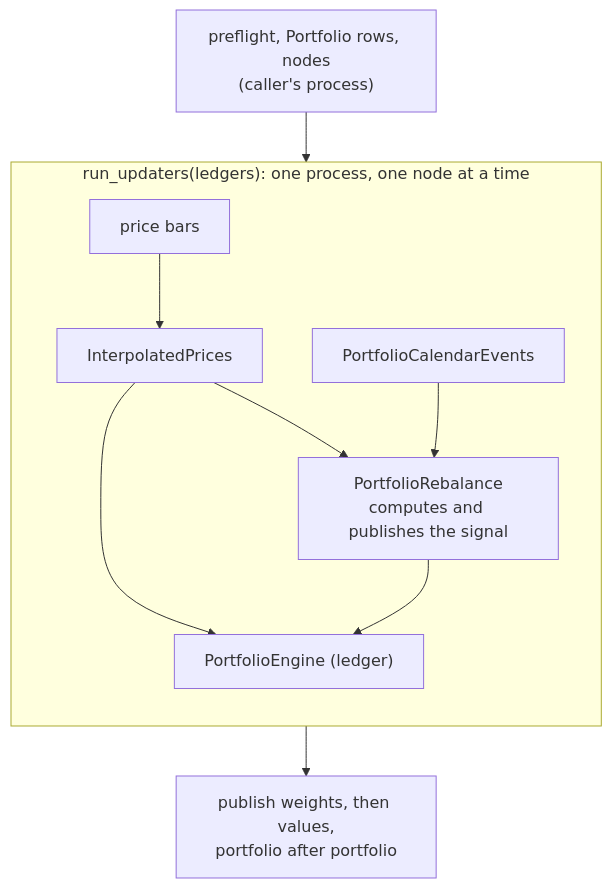
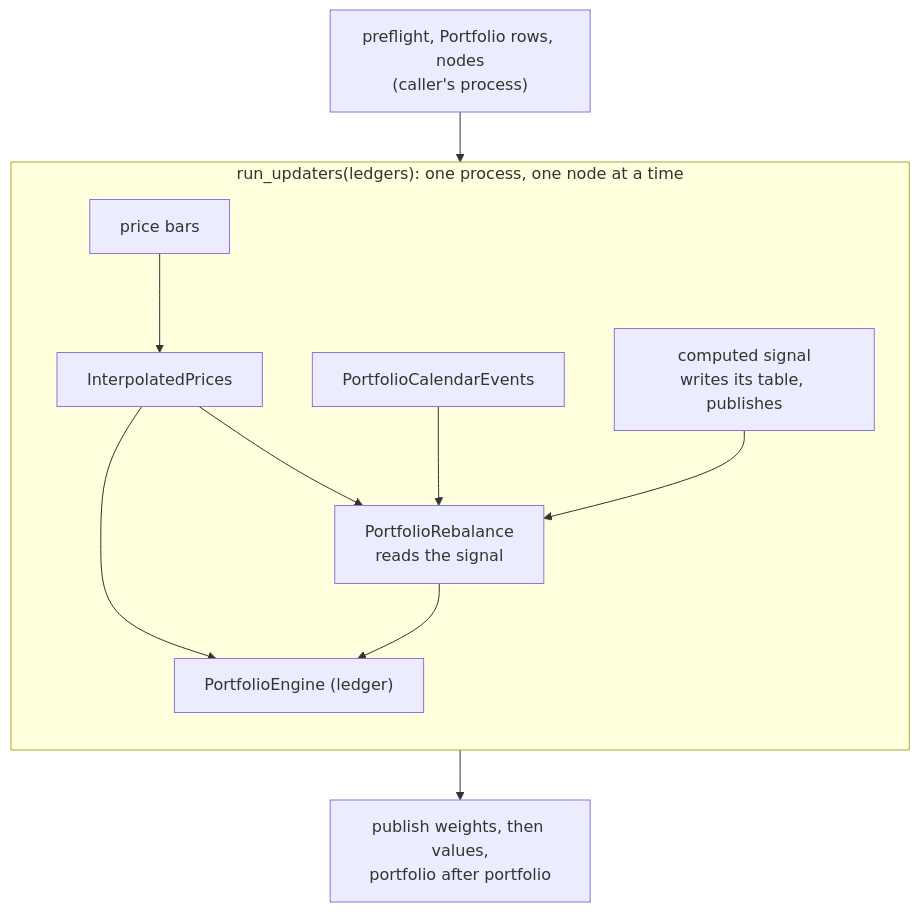
The second of 4 diagrams in docs/ADR/0067-portfolio-runs-in-parallel.md (mainsequence-projects/MainSequenceMarkets), drawn with Mermaid before and after one commit. The commit also changed other lines of this file and 46 other files, not shown here.

````diff
--- a/docs/ADR/0067-portfolio-runs-in-parallel.md
+++ b/docs/ADR/0067-portfolio-runs-in-parallel.md
@@ -85,14 +87,16 @@
 ```mermaid
 flowchart TB
     PF["preflight, Portfolio rows, nodes<br/>(caller's process)"] --> RU
     subgraph RU["run_updaters(ledgers): one process, one node at a time"]
         direction TB
         SB["price bars"] --> IP["InterpolatedPrices"]
         CE["PortfolioCalendarEvents"]
-        IP --> RB["PortfolioRebalance<br/>computes and publishes the signal"]
+        SG["computed signal<br/>writes its table, publishes"]
+        IP --> RB["PortfolioRebalance<br/>reads the signal"]
         CE --> RB
+        SG --> RB
         RB --> PE["PortfolioEngine (ledger)"]
         IP --> PE
     end
     RU --> PW["publish weights, then values,<br/>portfolio after portfolio"]
 ```
````
